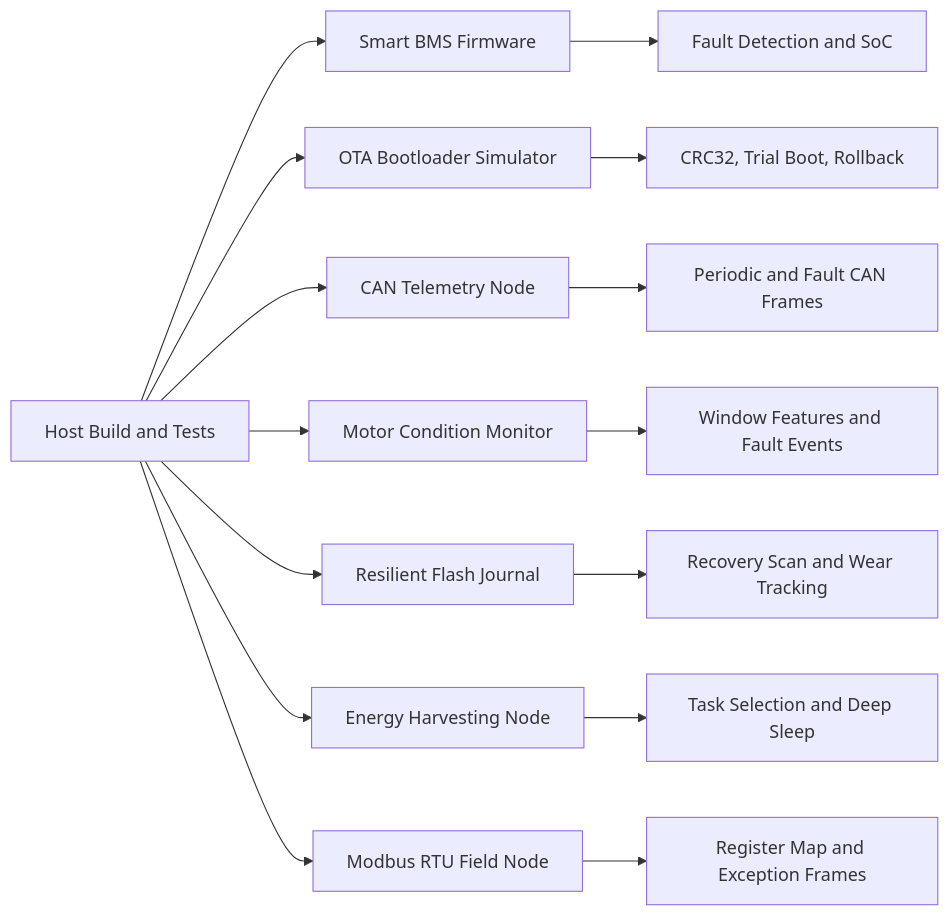
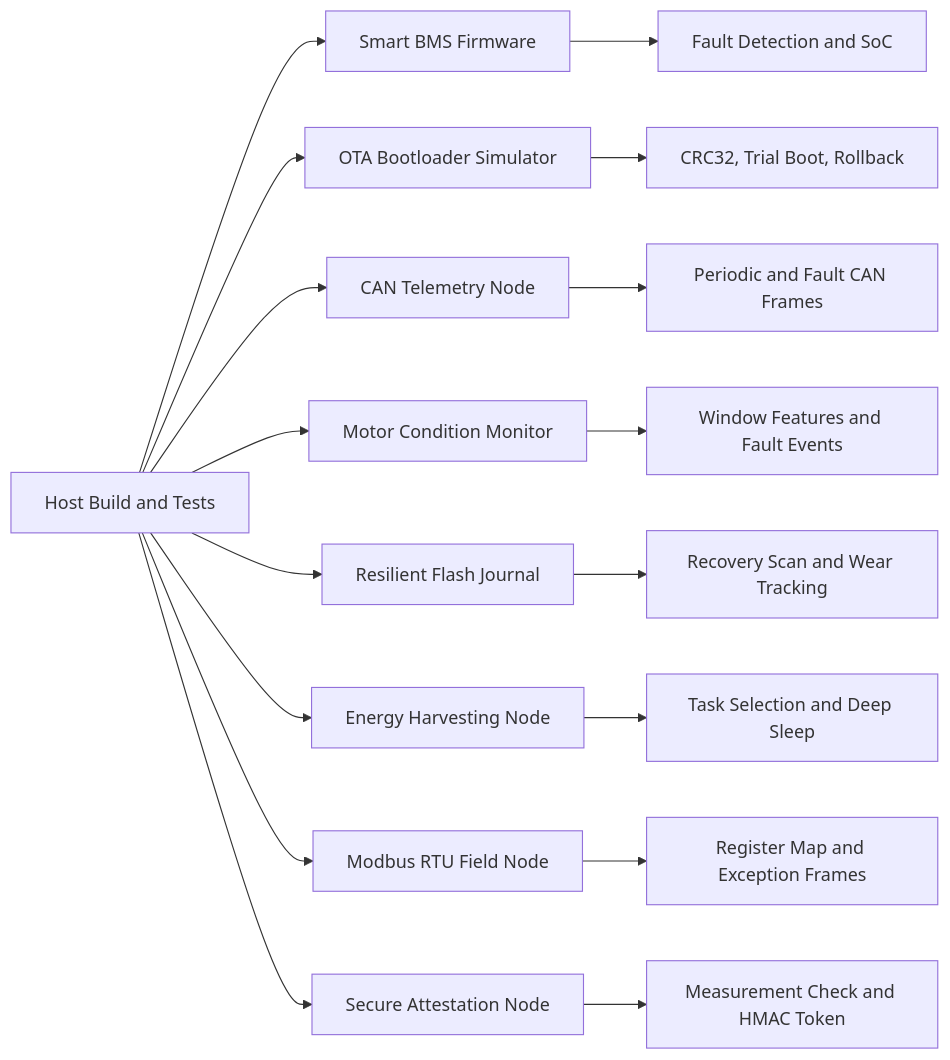
Before and after one commit to akifitu/embedded-systems-portfolio-lab: the diagram in README.md, drawn with Mermaid. The commit also changed other lines of this file and 16 other files, not shown here.

Commit message:
Add secure attestation node project

````diff
--- a/README.md
+++ b/README.md
@@ -25,17 +26,19 @@
 ```mermaid
 flowchart LR
     Host[Host Build and Tests] --> BMS[Smart BMS Firmware]
     Host --> OTA[OTA Bootloader Simulator]
     Host --> CAN[CAN Telemetry Node]
     Host --> MCM[Motor Condition Monitor]
     Host --> RFJ[Resilient Flash Journal]
     Host --> EHN[Energy Harvesting Node]
     Host --> MB[Modbus RTU Field Node]
+    Host --> SAN[Secure Attestation Node]
     BMS --> Safety[Fault Detection and SoC]
     OTA --> Reliability[CRC32, Trial Boot, Rollback]
     CAN --> VehicleBus[Periodic and Fault CAN Frames]
     MCM --> Predictive[Window Features and Fault Events]
     RFJ --> Persistence[Recovery Scan and Wear Tracking]
     EHN --> Power[Task Selection and Deep Sleep]
     MB --> Industrial[Register Map and Exception Frames]
+    SAN --> Trust[Measurement Check and HMAC Token]
 ```
````
